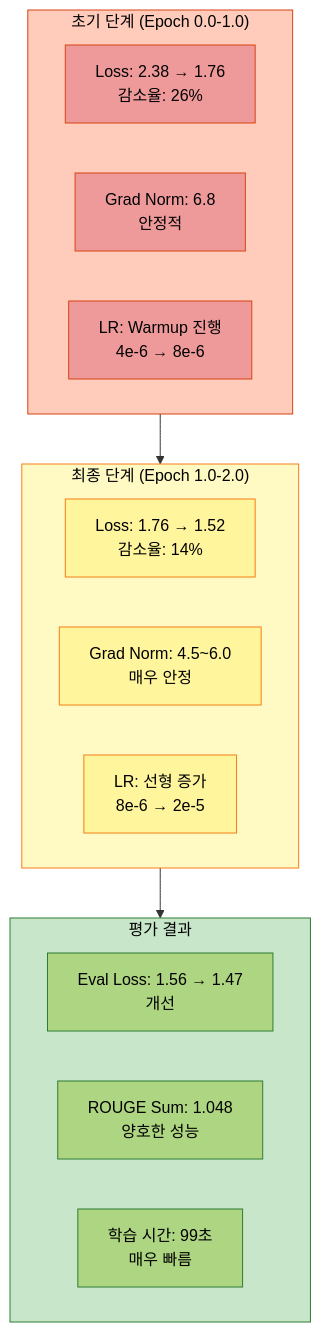
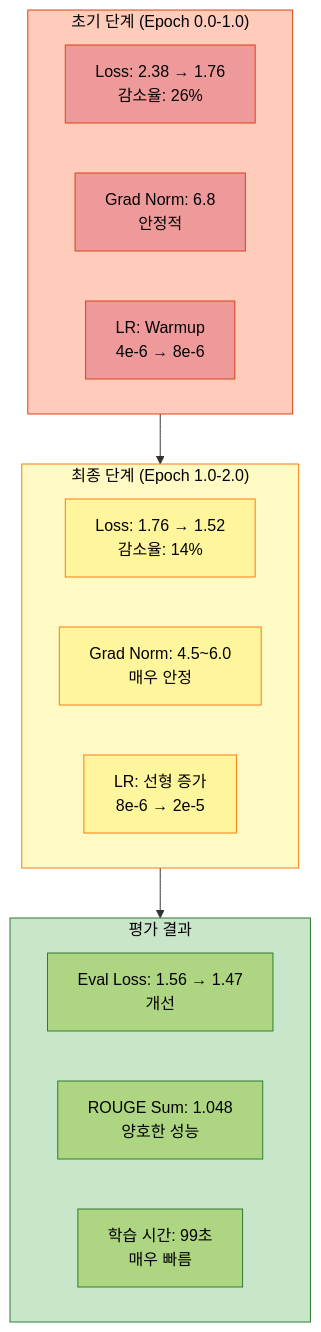
Before and after one commit to AIBootcamp14/naturallanguageprocessingcompetition-nlp-1: the fourth of 12 diagrams in docs/experiments/20251013_161056_test_strategy3_triple_실험분석.md, drawn with Mermaid. The commit also changed other lines of this file, not shown here.

````diff
--- a/docs/experiments/20251013_161056_test_strategy3_triple_실험분석.md
+++ b/docs/experiments/20251013_161056_test_strategy3_triple_실험분석.md
@@ -501,36 +501,36 @@
 ```mermaid
 graph TB
     subgraph Initial["초기 단계 (Epoch 0.0-1.0)"]
         A1[Loss: 2.38 → 1.76<br/>감소율: 26%]
         A2[Grad Norm: 6.8<br/>안정적]
-        A3[LR: Warmup 진행<br/>4e-6 → 8e-6]
+        A3[LR: Warmup<br/>4e-6 → 8e-6]
     end
 
     subgraph Final["최종 단계 (Epoch 1.0-2.0)"]
         B1[Loss: 1.76 → 1.52<br/>감소율: 14%]
         B2[Grad Norm: 4.5~6.0<br/>매우 안정]
         B3[LR: 선형 증가<br/>8e-6 → 2e-5]
     end
 
     subgraph Evaluation["평가 결과"]
         C1[Eval Loss: 1.56 → 1.47<br/>개선]
         C2[ROUGE Sum: 1.048<br/>양호한 성능]
         C3[학습 시간: 99초<br/>매우 빠름]
     end
 
     Initial --> Final --> Evaluation
 
     style Initial fill:#ffccbc,stroke:#d84315,color:#000
     style Final fill:#fff9c4,stroke:#f57f17,color:#000
     style Evaluation fill:#c8e6c9,stroke:#2e7d32,color:#000
 
     style A1 fill:#ef9a9a,stroke:#d84315,color:#000
     style A2 fill:#ef9a9a,stroke:#d84315,color:#000
     style A3 fill:#ef9a9a,stroke:#d84315,color:#000
     style B1 fill:#fff59d,stroke:#f57f17,color:#000
     style B2 fill:#fff59d,stroke:#f57f17,color:#000
     style B3 fill:#fff59d,stroke:#f57f17,color:#000
     style C1 fill:#aed581,stroke:#2e7d32,color:#000
     style C2 fill:#aed581,stroke:#2e7d32,color:#000
     style C3 fill:#aed581,stroke:#2e7d32,color:#000
 ```
````
